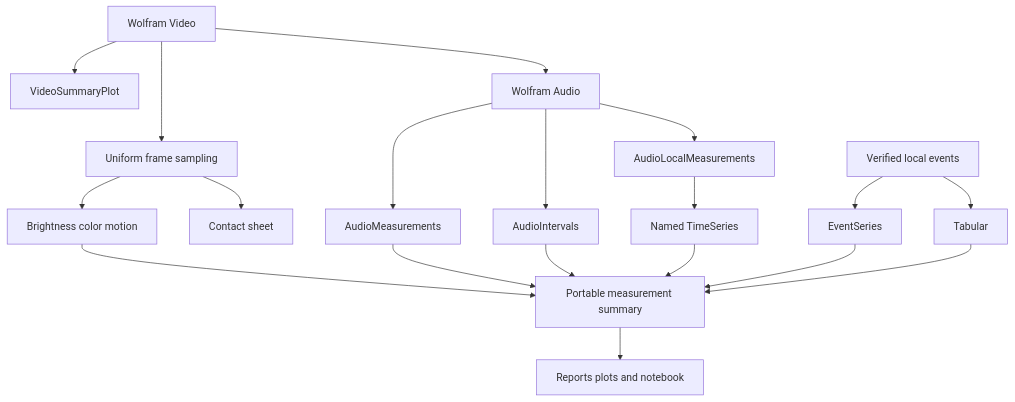
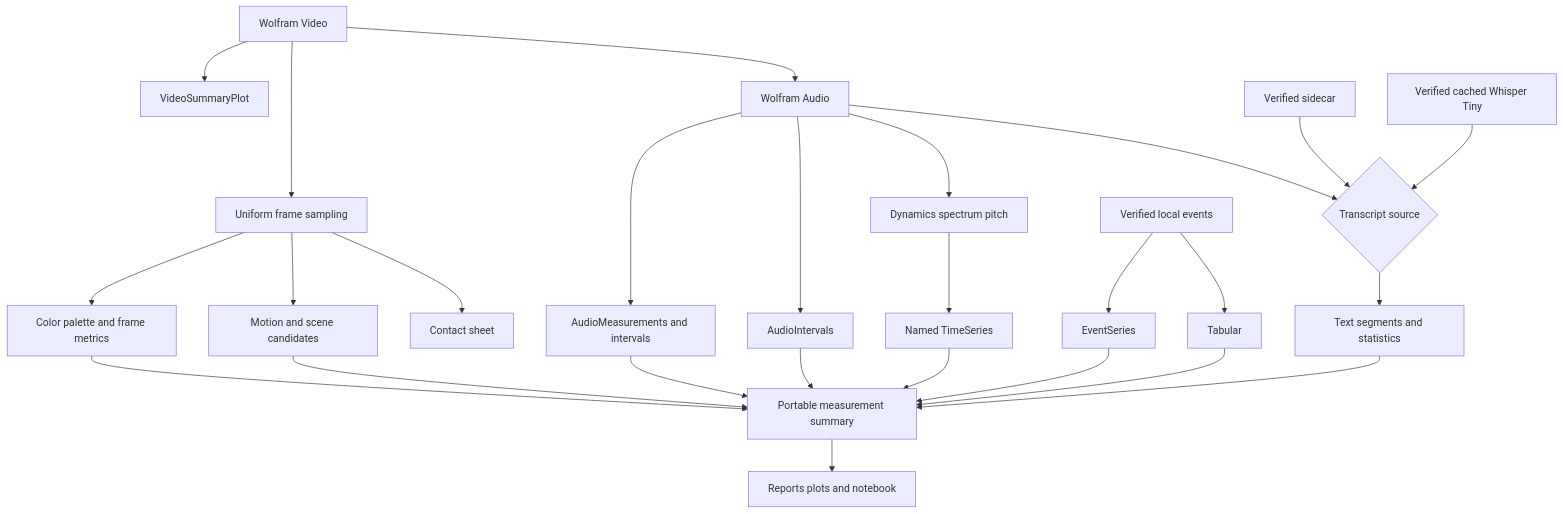
The second of 3 diagrams in Documentation/mathematica/architecture.md (KG-khangelani/babelapha), drawn with Mermaid before and after one commit. The commit also changed other lines of this file and 10 other files, not shown here.

````diff
--- a/Documentation/mathematica/architecture.md
+++ b/Documentation/mathematica/architecture.md
@@ -52,21 +58,28 @@
 ```mermaid
 flowchart TB
     V[Wolfram Video] --> F[Uniform frame sampling]
-    F --> B[Brightness color motion]
+    F --> B[Color palette and frame metrics]
+    F --> MO[Motion and scene candidates]
     F --> CS[Contact sheet]
     V --> VS[VideoSummaryPlot]
     V --> A[Wolfram Audio]
-    A --> AM[AudioMeasurements]
-    A --> AL[AudioLocalMeasurements]
+    A --> AM[AudioMeasurements and intervals]
+    A --> AL[Dynamics spectrum pitch]
     A --> AI[AudioIntervals]
     AL --> TS[Named TimeSeries]
+    A --> TR{Transcript source}
+    SC[Verified sidecar] --> TR
+    WM[Verified cached Whisper Tiny] --> TR
+    TR --> TX[Text segments and statistics]
     E[Verified local events] --> ES[EventSeries]
     E --> TB[Tabular]
     B --> J[Portable measurement summary]
+    MO --> J
     AM --> J
     AI --> J
     TS --> J
     ES --> J
     TB --> J
+    TX --> J
     J --> R[Reports plots and notebook]
 ```
````
